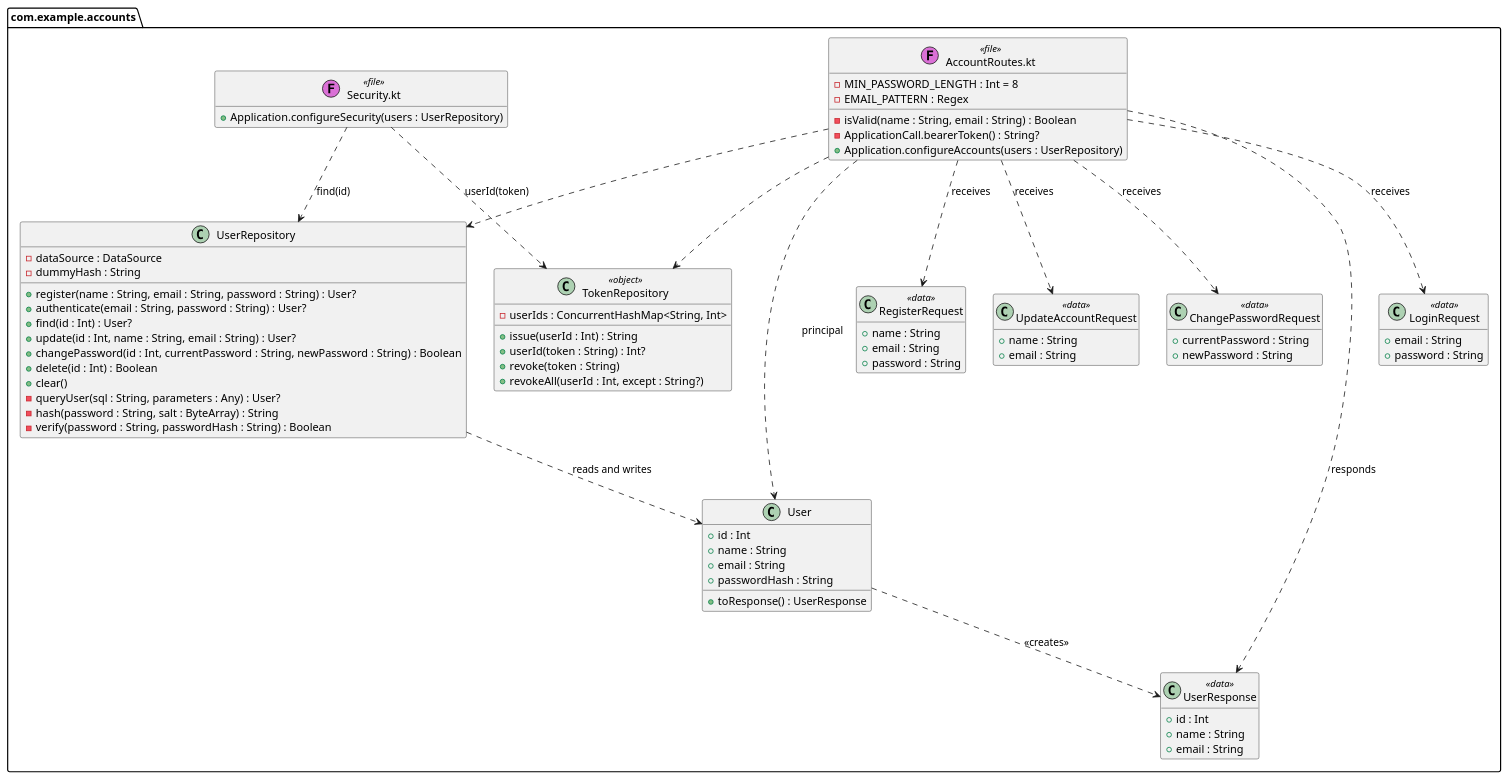
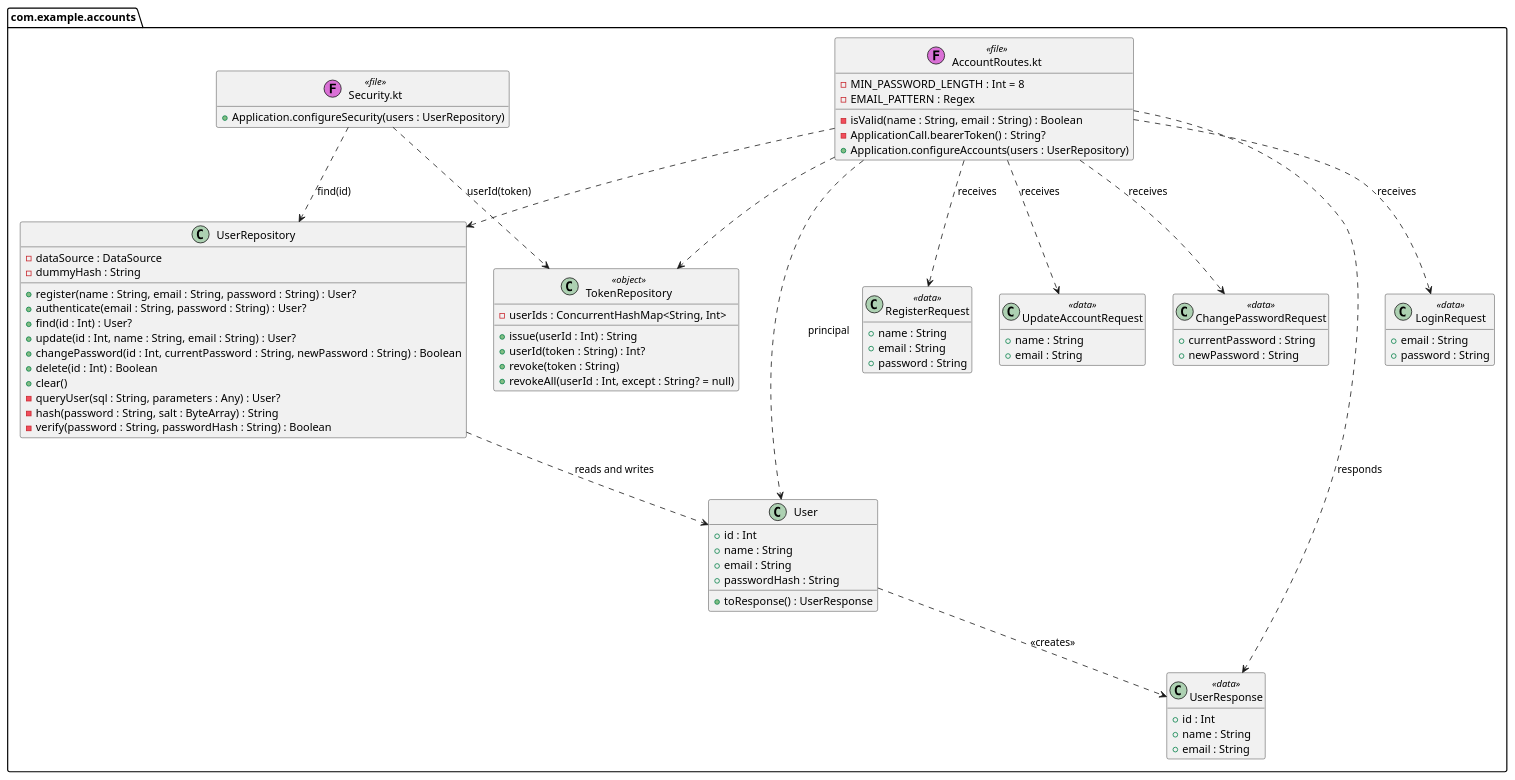
The diagram in docs/diagrams/class-accounts.puml (Rent-a-car-38291/rent-a-car), drawn with PlantUML before and after one commit. The commit also changed 3 other files, not shown here.

Commit message:
Show the extra queries in the change password sequence diagram

```diff
--- a/docs/diagrams/class-accounts.puml
+++ b/docs/diagrams/class-accounts.puml
@@ -1,82 +1,82 @@
 @startuml
 ' The account classes as they are in src/. The car classes are in class-cars.puml.
 hide empty members
 set separator none
 
 package com.example.accounts <<Folder>> {
   class "AccountRoutes.kt" as AccountRoutes <<(F,orchid) file>> {
     - MIN_PASSWORD_LENGTH : Int = 8
     - EMAIL_PATTERN : Regex
     - isValid(name : String, email : String) : Boolean
     - ApplicationCall.bearerToken() : String?
     + Application.configureAccounts(users : UserRepository)
   }
   class "Security.kt" as Security <<(F,orchid) file>> {
     + Application.configureSecurity(users : UserRepository)
   }
   class User {
     + id : Int
     + name : String
     + email : String
     + passwordHash : String
     + toResponse() : UserResponse
   }
   class RegisterRequest <<data>> {
     + name : String
     + email : String
     + password : String
   }
   class UpdateAccountRequest <<data>> {
     + name : String
     + email : String
   }
   class ChangePasswordRequest <<data>> {
     + currentPassword : String
     + newPassword : String
   }
   class LoginRequest <<data>> {
     + email : String
     + password : String
   }
   class UserResponse <<data>> {
     + id : Int
     + name : String
     + email : String
   }
   class UserRepository {
     - dataSource : DataSource
     - dummyHash : String
     + register(name : String, email : String, password : String) : User?
     + authenticate(email : String, password : String) : User?
     + find(id : Int) : User?
     + update(id : Int, name : String, email : String) : User?
     + changePassword(id : Int, currentPassword : String, newPassword : String) : Boolean
     + delete(id : Int) : Boolean
     + clear()
     - queryUser(sql : String, parameters : Any) : User?
     - hash(password : String, salt : ByteArray) : String
     - verify(password : String, passwordHash : String) : Boolean
   }
   class TokenRepository <<object>> {
     - userIds : ConcurrentHashMap<String, Int>
     + issue(userId : Int) : String
     + userId(token : String) : Int?
     + revoke(token : String)
-    + revokeAll(userId : Int, except : String?)
+    + revokeAll(userId : Int, except : String? = null)
   }
 }
 
 UserRepository ..> User : reads and writes
 User ..> UserResponse : <<creates>>
 AccountRoutes ..> RegisterRequest : receives
 AccountRoutes ..> LoginRequest : receives
 AccountRoutes ..> UpdateAccountRequest : receives
 AccountRoutes ..> ChangePasswordRequest : receives
 AccountRoutes ..> UserResponse : responds
 AccountRoutes ..> User : principal
 AccountRoutes ..> UserRepository
 AccountRoutes ..> TokenRepository
 Security ..> TokenRepository : userId(token)
 Security ..> UserRepository : find(id)
 
 @enduml
```
